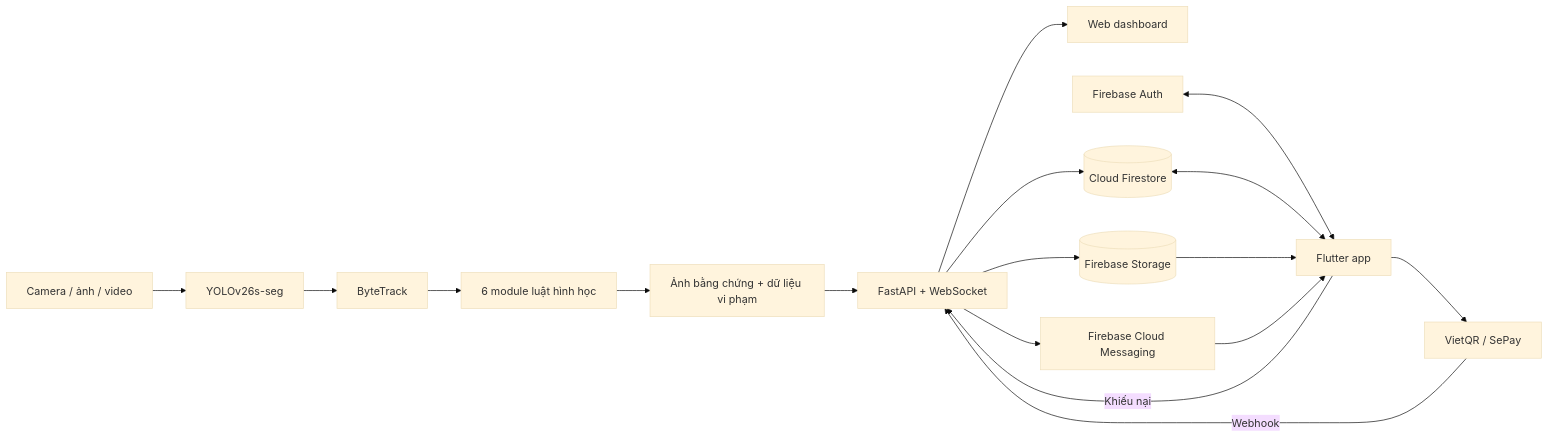
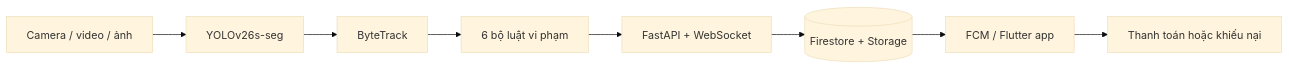
One commit to khanhbes/Violation-Detect changed the diagram in README.md. Above: the diagram before and after it, drawn with Mermaid (base theme). The commit also changed other lines of this file and 139 other files, not shown here.

````diff
--- a/README.md
+++ b/README.md
@@ -152,21 +13,10 @@
 ```mermaid
 flowchart LR
-    CAM[Camera / ảnh / video] --> AI[YOLOv26s-seg]
-    AI --> TRACK[ByteTrack]
-    TRACK --> RULES[6 module luật hình học]
-    RULES --> EVIDENCE[Ảnh bằng chứng + dữ liệu vi phạm]
-
-    EVIDENCE --> API[FastAPI + WebSocket]
-    API --> WEB[Web dashboard]
-    API --> STORE[(Firebase Storage)]
-    API --> DB[(Cloud Firestore)]
-    API --> FCM[Firebase Cloud Messaging]
-
-    AUTH[Firebase Auth] <--> APP[Flutter app]
-    DB <--> APP
-    STORE --> APP
-    FCM --> APP
-    APP --> PAY[VietQR / SePay]
-    PAY -->|Webhook| API
-    APP -->|Khiếu nại| API
+    A[Camera / video / ảnh] --> B[YOLOv26s-seg]
+    B --> C[ByteTrack]
+    C --> D[6 bộ luật vi phạm]
+    D --> E[FastAPI + WebSocket]
+    E --> F[(Firestore + Storage)]
+    F --> G[FCM / Flutter app]
+    G --> H[Thanh toán hoặc khiếu nại]
 ```
````
